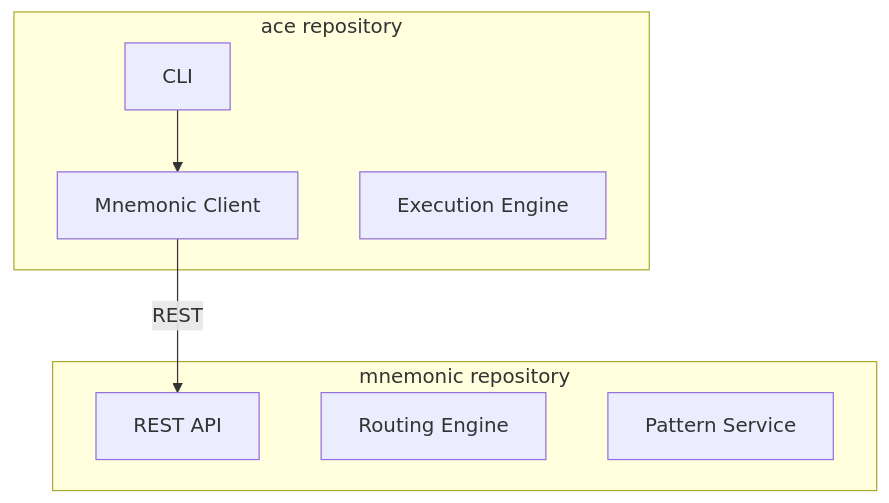
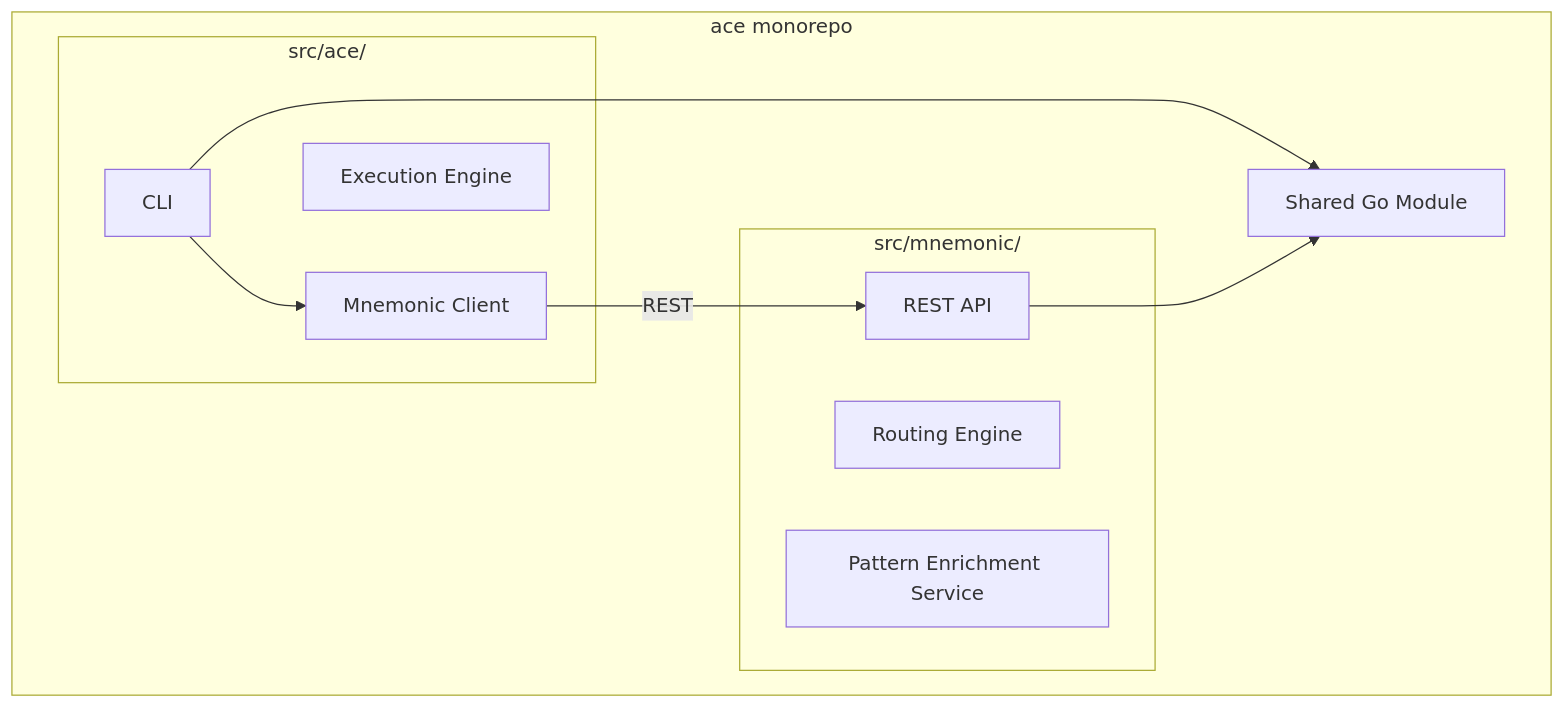
Before and after one commit to twistingmercury/mnemonic-mcp: the fourth of 5 diagrams in docs/architecture/02-architectural-decisions.md, drawn with Mermaid. The commit also changed other lines of this file and 14 other files, not shown here.

Commit message:
docs reviewed for consistency. Need to spec out ACE cli

````diff
--- a/docs/architecture/02-architectural-decisions.md
+++ b/docs/architecture/02-architectural-decisions.md
@@ -255,17 +255,23 @@
 ```mermaid
 graph TB
-    subgraph "mnemonic repository"
-        MN_API[REST API]
-        MN_ROUTE[Routing Engine]
-        MN_PATTERN[Pattern Service]
-    end
+    subgraph "ace monorepo"
+        subgraph "src/ace/"
+            ACE_CLI[CLI]
+            ACE_CLIENT[Mnemonic Client]
+            ACE_EXEC[Execution Engine]
+        end
 
-    subgraph "ace repository"
-        ACE_CLI[CLI]
-        ACE_CLIENT[Mnemonic Client]
-        ACE_EXEC[Execution Engine]
+        subgraph "src/mnemonic/"
+            MN_API[REST API]
+            MN_ROUTE[Routing Engine]
+            MN_PATTERN[Pattern Enrichment Service]
+        end
+
+        SHARED[Shared Go Module]
     end
 
     ACE_CLI --> ACE_CLIENT
     ACE_CLIENT -->|"REST"| MN_API
+    ACE_CLI --> SHARED
+    MN_API --> SHARED
 ```
````
